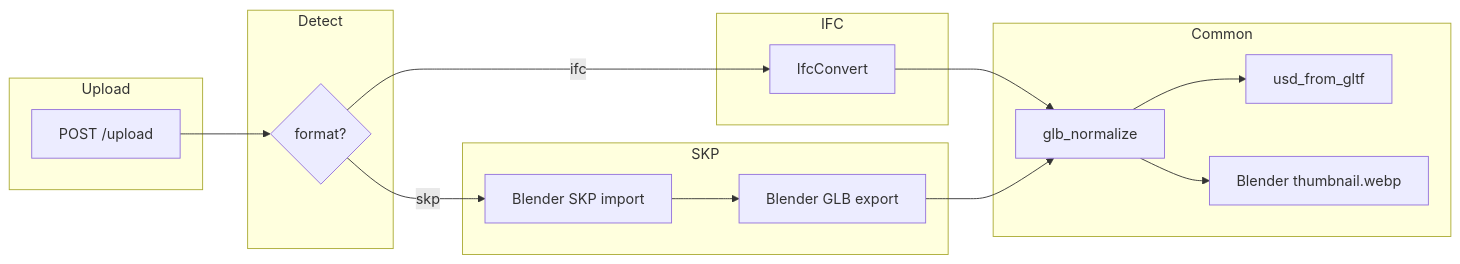
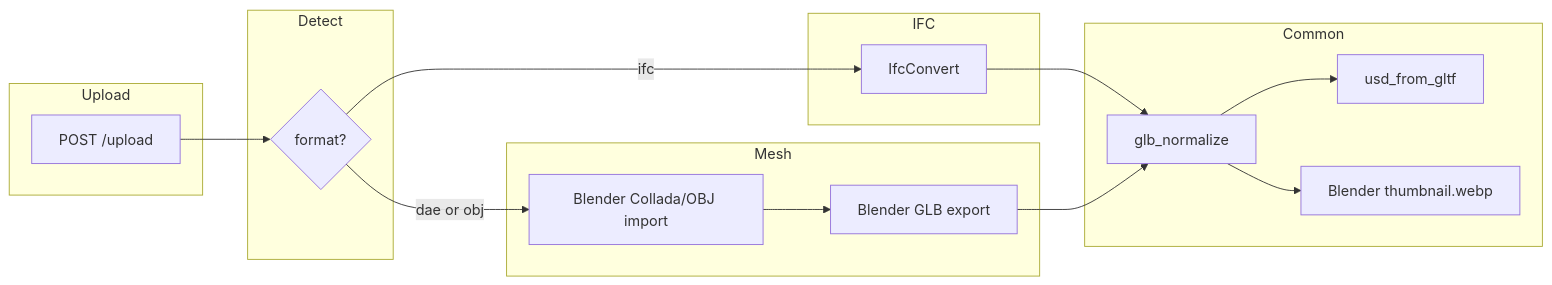
Before and after one commit to andrey067/arch-3d-bim-view: the second of 2 diagrams in specs/001-ifc-mvp-platform/plan.md, drawn with Mermaid. The commit also changed other lines of this file and 25 other files, not shown here.

First line of the commit message:
fix: replace SKP upload with DAE/OBJ SketchUp workflow

````diff
--- a/specs/001-ifc-mvp-platform/plan.md
+++ b/specs/001-ifc-mvp-platform/plan.md
@@ -174,26 +178,26 @@
 ```mermaid
 flowchart LR
   subgraph Upload
     U[POST /upload]
   end
   subgraph Detect
     D{format?}
   end
   subgraph IFC
     I1[IfcConvert]
   end
-  subgraph SKP
-    S1[Blender SKP import]
-    S2[Blender GLB export]
+  subgraph Mesh
+    M1[Blender Collada/OBJ import]
+    M2[Blender GLB export]
   end
   subgraph Common
     N[glb_normalize]
     Z[usd_from_gltf]
     T[Blender thumbnail.webp]
   end
   U --> D
   D -->|ifc| I1 --> N
-  D -->|skp| S1 --> S2 --> N
+  D -->|dae or obj| M1 --> M2 --> N
   N --> Z
   N --> T
 ```
````
